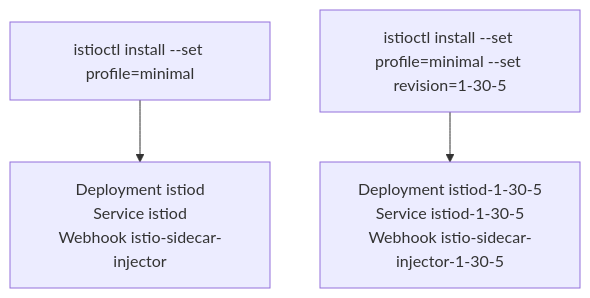
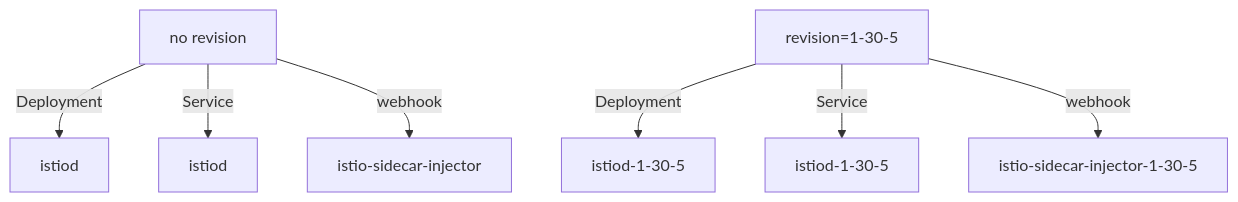
Before and after one commit to astrona-io/ATS013: the diagram in sections/section-030/module-02/course-01-revisions-a-named-control-plane.md, drawn with Mermaid. The commit also changed other lines of this file and 38 other files, not shown here.

````diff
--- a/sections/section-030/module-02/course-01-revisions-a-named-control-plane.md
+++ b/sections/section-030/module-02/course-01-revisions-a-named-control-plane.md
@@ -11,5 +15,9 @@
 ```mermaid
-flowchart TD
-    A["istioctl install --set profile=minimal"] --> A1["Deployment istiod<br/>Service istiod<br/>Webhook istio-sidecar-injector"]
-    B["istioctl install --set profile=minimal --set revision=1-30-5"] --> B1["Deployment istiod-1-30-5<br/>Service istiod-1-30-5<br/>Webhook istio-sidecar-injector-1-30-5"]
+flowchart TB
+    A["no revision"] -->|"Deployment"| A1["istiod"]
+    A -->|"Service"| A2["istiod"]
+    A -->|"webhook"| A3["istio-sidecar-injector"]
+    B["revision=1-30-5"] -->|"Deployment"| B1["istiod-1-30-5"]
+    B -->|"Service"| B2["istiod-1-30-5"]
+    B -->|"webhook"| B3["istio-sidecar-injector-1-30-5"]
 ```
````
